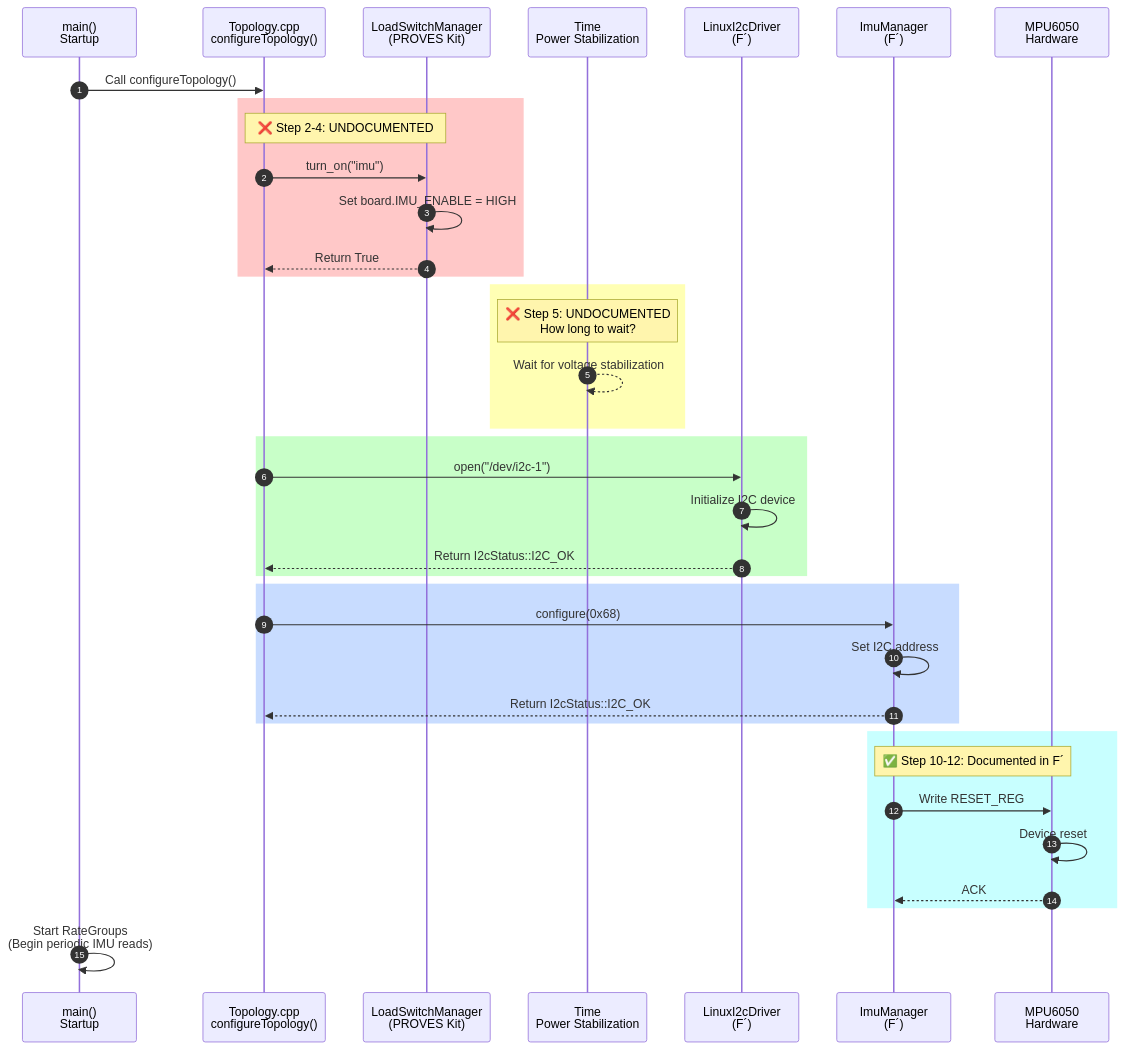
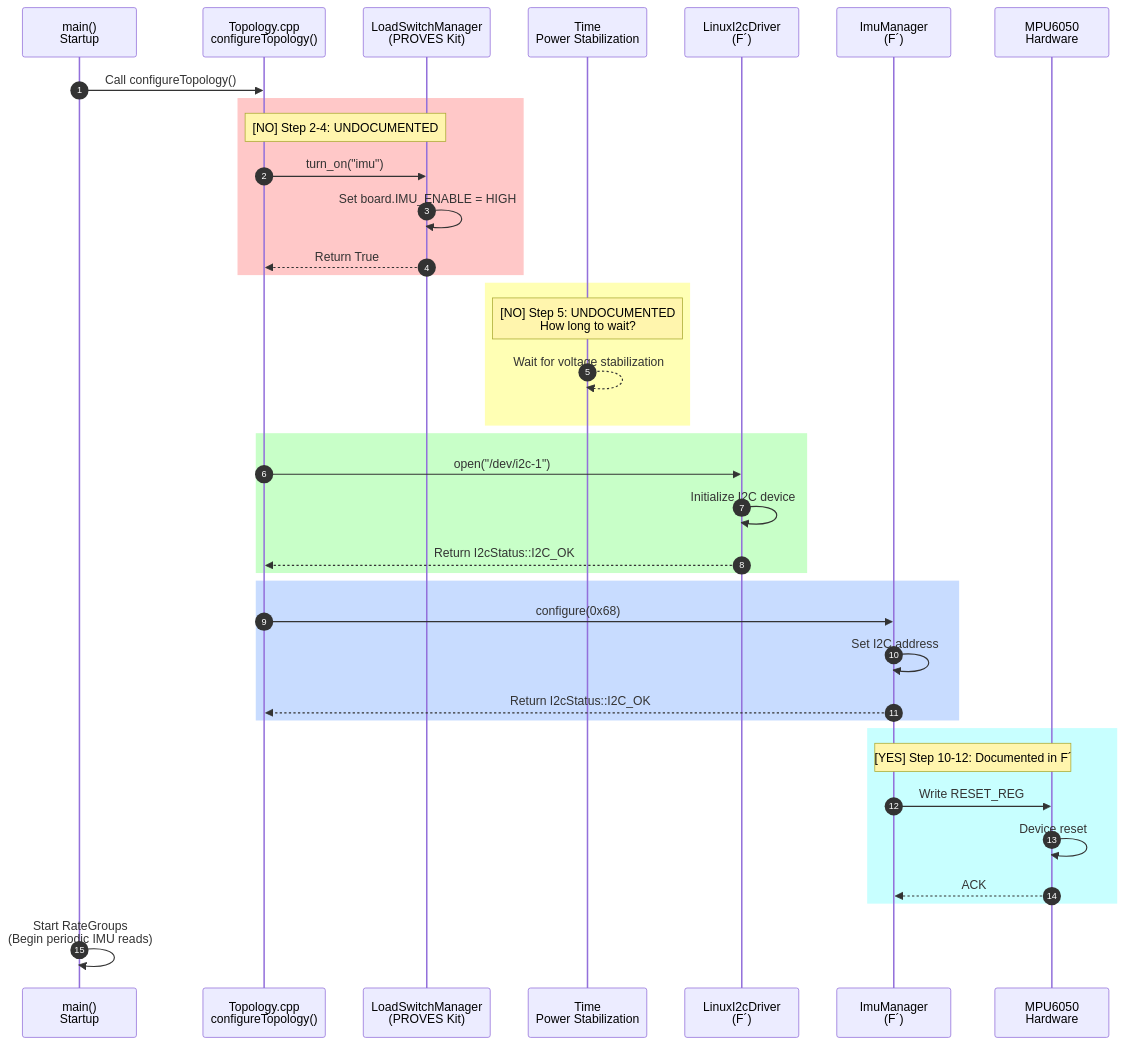
Before and after one commit to Lizo-RoadTown/PROVES_LIBRARY: the second of 6 diagrams in docs/diagrams/transitive-chains.md, drawn with Mermaid. The commit also changed other lines of this file and 152 other files, not shown here.

````diff
--- a/docs/diagrams/transitive-chains.md
+++ b/docs/diagrams/transitive-chains.md
@@ -148,46 +148,46 @@
 ```mermaid
 sequenceDiagram
     autonumber
     participant Main as main()<br/>Startup
     participant Topo as Topology.cpp<br/>configureTopology()
     participant LSM as LoadSwitchManager<br/>(PROVES Kit)
     participant Delay as Time<br/>Power Stabilization
     participant BD as LinuxI2cDriver<br/>(F´)
     participant IM as ImuManager<br/>(F´)
     participant HW as MPU6050<br/>Hardware
 
     Main->>Topo: Call configureTopology()
 
     rect rgb(255, 200, 200)
-        Note over Topo,LSM: ❌ Step 2-4: UNDOCUMENTED
+        Note over Topo,LSM: [NO] Step 2-4: UNDOCUMENTED
         Topo->>LSM: turn_on("imu")
         LSM->>LSM: Set board.IMU_ENABLE = HIGH
         LSM-->>Topo: Return True
     end
 
     rect rgb(255, 255, 180)
-        Note over Delay: ❌ Step 5: UNDOCUMENTED<br/>How long to wait?
+        Note over Delay: [NO] Step 5: UNDOCUMENTED<br/>How long to wait?
         Delay-->>Delay: Wait for voltage stabilization
     end
 
     rect rgb(200, 255, 200)
         Topo->>BD: open("/dev/i2c-1")
         BD->>BD: Initialize I2C device
         BD-->>Topo: Return I2cStatus::I2C_OK
     end
 
     rect rgb(200, 220, 255)
         Topo->>IM: configure(0x68)
         IM->>IM: Set I2C address
         IM-->>Topo: Return I2cStatus::I2C_OK
     end
 
     rect rgb(200, 255, 255)
-        Note over IM,HW: ✅ Step 10-12: Documented in F´
+        Note over IM,HW: [YES] Step 10-12: Documented in F´
         IM->>HW: Write RESET_REG
         HW->>HW: Device reset
         HW-->>IM: ACK
     end
 
     Main->>Main: Start RateGroups<br/>(Begin periodic IMU reads)
 ```
````
